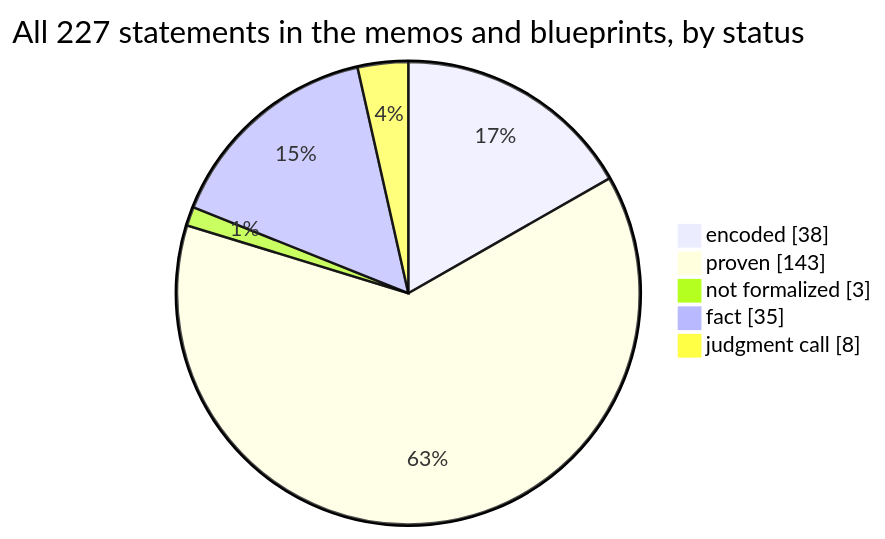
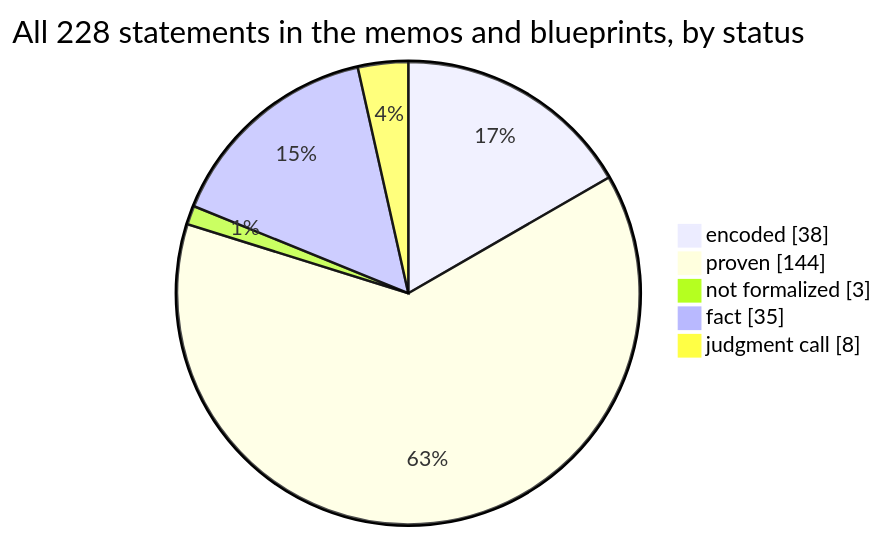
Before and after one commit to SeanWMurray/Canteen: the first of 4 diagrams in docs/graphs/dashboard.md, drawn with Mermaid. The commit also changed other lines of this file and 16 other files, not shown here.

````diff
--- a/docs/graphs/dashboard.md
+++ b/docs/graphs/dashboard.md
@@ -11,8 +11,8 @@
 ```mermaid
-pie showData title All 227 statements in the memos and blueprints, by status
+pie showData title All 228 statements in the memos and blueprints, by status
     "encoded" : 38
-    "proven" : 143
+    "proven" : 144
     "not formalized" : 3
     "fact" : 35
     "judgment call" : 8
 ```
````
